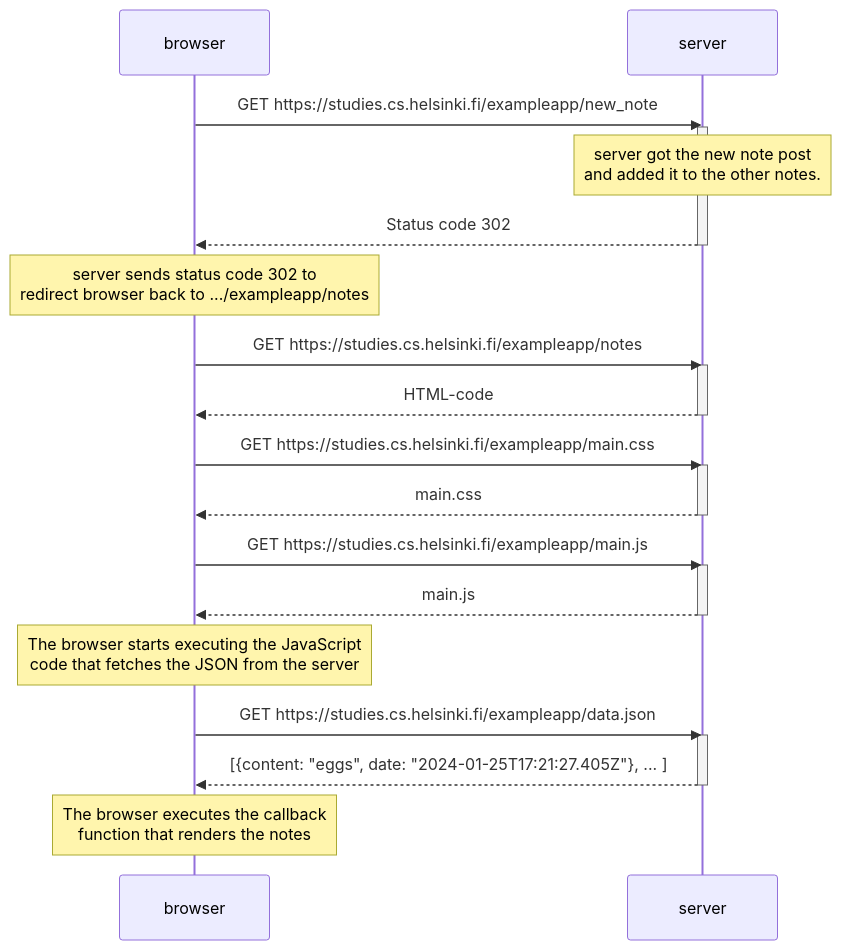
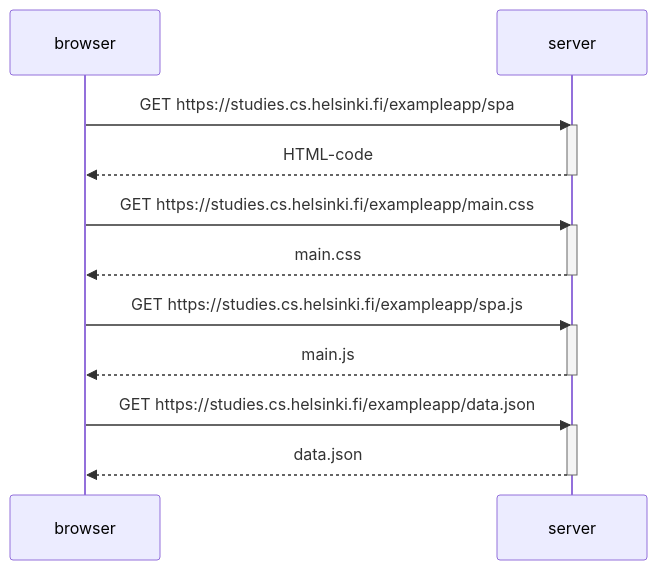
The diagram in Part0/0-5.md (LKonsta/FullStack2024), drawn with Mermaid before and after one commit. The commit also changed 3 other files, not shown here.

````diff
--- a/Part0/0-5.md
+++ b/Part0/0-5.md
@@ -1,39 +1,25 @@
 ```mermaid
 sequenceDiagram
     participant browser
     participant server
 
-    browser->>server: GET https://studies.cs.helsinki.fi/exampleapp/new_note
-    activate server
-    
-    Note over server: server got the new note post<br/>and added it to the other notes.
-
-    server-->>browser: Status code 302
-    deactivate server
-
-    Note over browser: server sends status code 302 to<br/>redirect browser back to .../exampleapp/notes
-
-    browser->>server: GET https://studies.cs.helsinki.fi/exampleapp/notes
+    browser->>server: GET https://studies.cs.helsinki.fi/exampleapp/spa
     activate server
     server-->>browser: HTML-code
     deactivate server
 
     browser->>server: GET https://studies.cs.helsinki.fi/exampleapp/main.css
     activate server
     server-->>browser: main.css
     deactivate server
 
-    browser->>server: GET https://studies.cs.helsinki.fi/exampleapp/main.js
+    browser->>server: GET https://studies.cs.helsinki.fi/exampleapp/spa.js
     activate server
     server-->>browser: main.js
     deactivate server
 
-    Note over browser: The browser starts executing the JavaScript<br/>code that fetches the JSON from the server
-
     browser->>server: GET https://studies.cs.helsinki.fi/exampleapp/data.json
     activate server
-    server-->>browser: [{content: "eggs", date: "2024-01-25T17:21:27.405Z"}, ... ]
+    server-->>browser: data.json
     deactivate server
-
-    Note over browser: The browser executes the callback<br/>function that renders the notes
 ```
````
